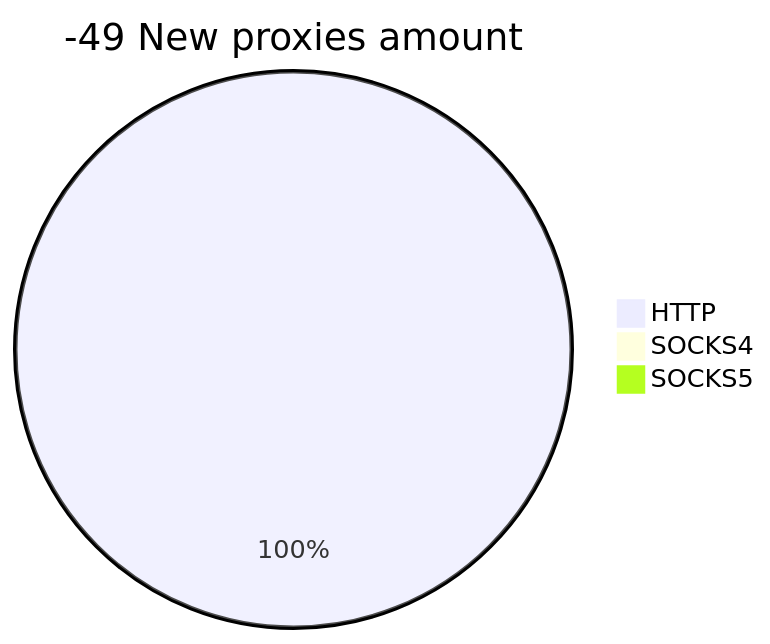
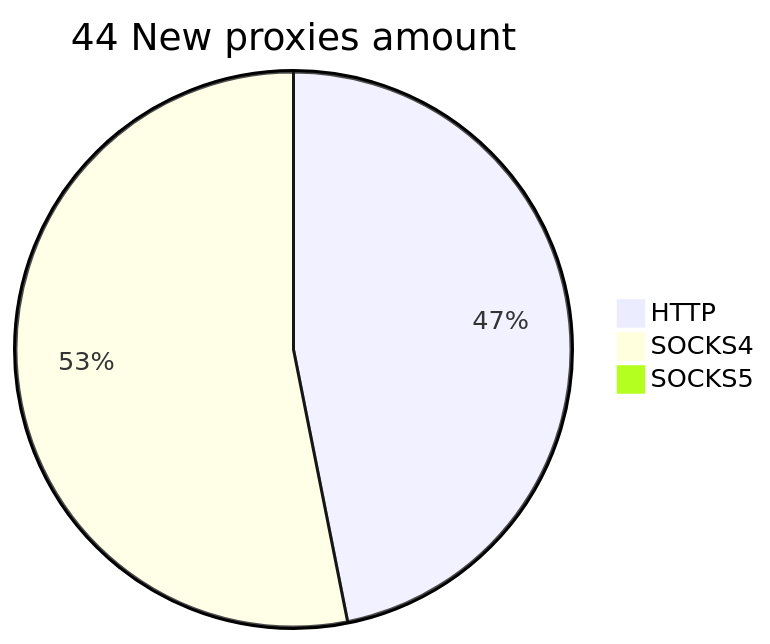
The second of 2 diagrams in README.md (cutipu/proxylist), drawn with Mermaid before and after one commit. The commit also changed other lines of this file, not shown here.

````diff
--- a/README.md
+++ b/README.md
@@ -10,6 +10,6 @@
 ```mermaid
-pie title -49 New proxies amount
-    "HTTP" : 33
-    "SOCKS4" : 0
+pie title 44 New proxies amount
+    "HTTP" : 30
+    "SOCKS4" : 34
     "SOCKS5" : 0
 ```
````
